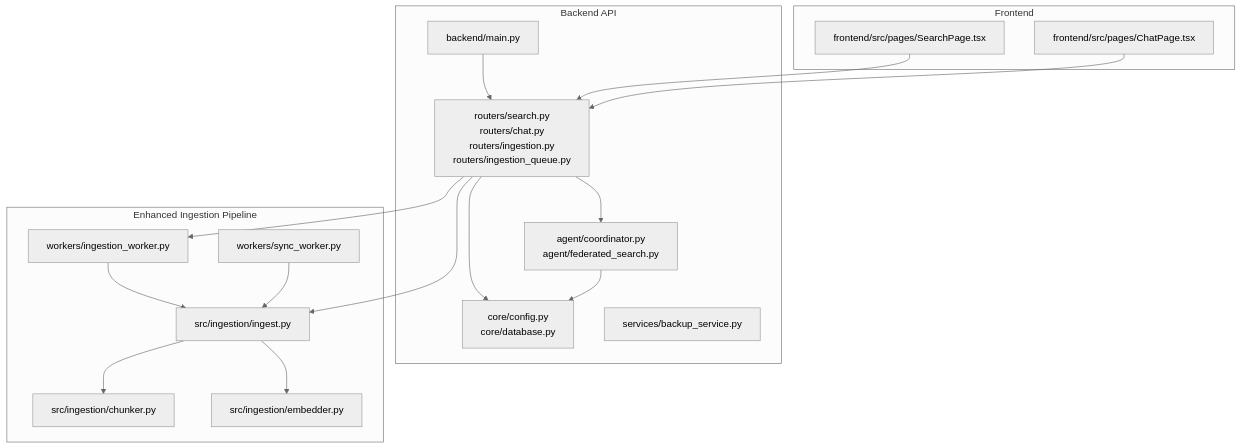
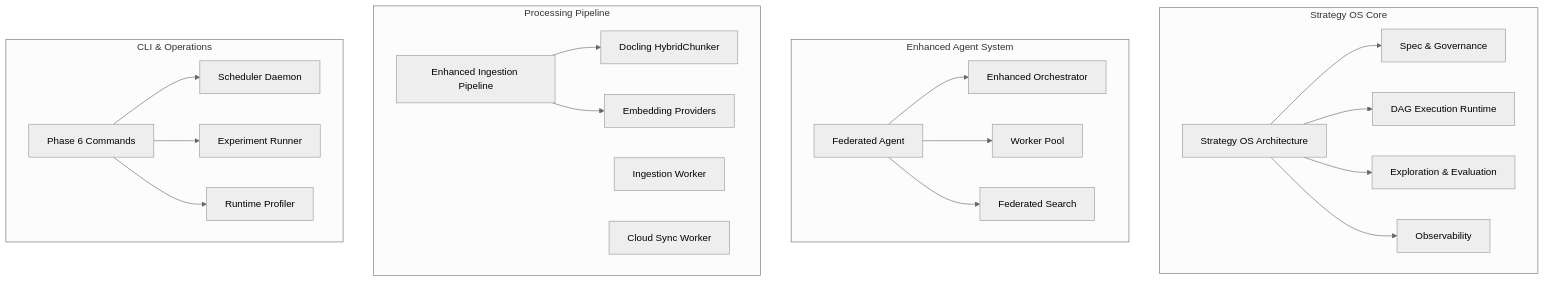
Before and after one commit to emanuelplopu/MongoDB-RAG-Agent: the second of 12 diagrams in .qoder/repowiki/en/content/Core Features/Core Features.md, drawn with Mermaid (neutral theme). The commit also changed other lines of this file and 4 other files, not shown here.

First line of the commit message:
Add Strategy OS docs and update API refs

````diff
--- a/.qoder/repowiki/en/content/Core Features/Core Features.md
+++ b/.qoder/repowiki/en/content/Core Features/Core Features.md
@@ -75,33 +148,41 @@
 ```mermaid
 graph TB
-subgraph "Backend API"
-MAIN["backend/main.py"]
-ROUTERS["routers/search.py<br/>routers/chat.py<br/>routers/ingestion.py<br/>routers/ingestion_queue.py"]
-AGENT["agent/coordinator.py<br/>agent/federated_search.py"]
-CORE["core/config.py<br/>core/database.py"]
-BACKUP["services/backup_service.py"]
+subgraph "Strategy OS Core"
+STRATOS["Strategy OS Architecture"]
+SPEC["Spec & Governance"]
+RUNTIME["DAG Execution Runtime"]
+EXPLORATION["Exploration & Evaluation"]
+OBSERVABILITY["Observability"]
 end
-subgraph "Enhanced Ingestion Pipeline"
-WORKER["workers/ingestion_worker.py"]
-SYNC_WORKER["workers/sync_worker.py"]
-PIPELINE["src/ingestion/ingest.py"]
-CHUNKER["src/ingestion/chunker.py"]
-EMBEDDER["src/ingestion/embedder.py"]
+subgraph "Enhanced Agent System"
+FEDERATED["Federated Agent"]
+ORCHESTRATOR["Enhanced Orchestrator"]
+WORKERPOOL["Worker Pool"]
+SEARCH["Federated Search"]
 end
-subgraph "Frontend"
-SEARCH_UI["frontend/src/pages/SearchPage.tsx"]
-CHAT_UI["frontend/src/pages/ChatPage.tsx"]
+subgraph "Processing Pipeline"
+INGESTION["Enhanced Ingestion Pipeline"]
+CHUNKER["Docling HybridChunker"]
+EMBEDDER["Embedding Providers"]
+WORKER["Ingestion Worker"]
+SYNC["Cloud Sync Worker"]
 end
-MAIN --> ROUTERS
-ROUTERS --> AGENT
-ROUTERS --> CORE
-ROUTERS --> WORKER
-ROUTERS --> PIPELINE
-WORKER --> PIPELINE
-SYNC_WORKER --> PIPELINE
-AGENT --> CORE
-PIPELINE --> CHUNKER
-PIPELINE --> EMBEDDER
-SEARCH_UI --> ROUTERS
-CHAT_UI --> ROUTERS
+subgraph "CLI & Operations"
+CLI["Phase 6 Commands"]
+SCHEDULER["Scheduler Daemon"]
+EXPERIMENT["Experiment Runner"]
+PROFILER["Runtime Profiler"]
+end
+STRATOS --> SPEC
+STRATOS --> RUNTIME
+STRATOS --> EXPLORATION
+STRATOS --> OBSERVABILITY
+FEDERATED --> ORCHESTRATOR
+FEDERATED --> WORKERPOOL
+FEDERATED --> SEARCH
+INGESTION --> CHUNKER
+INGESTION --> EMBEDDER
+CLI --> SCHEDULER
+CLI --> EXPERIMENT
+CLI --> PROFILER
 ```
````
